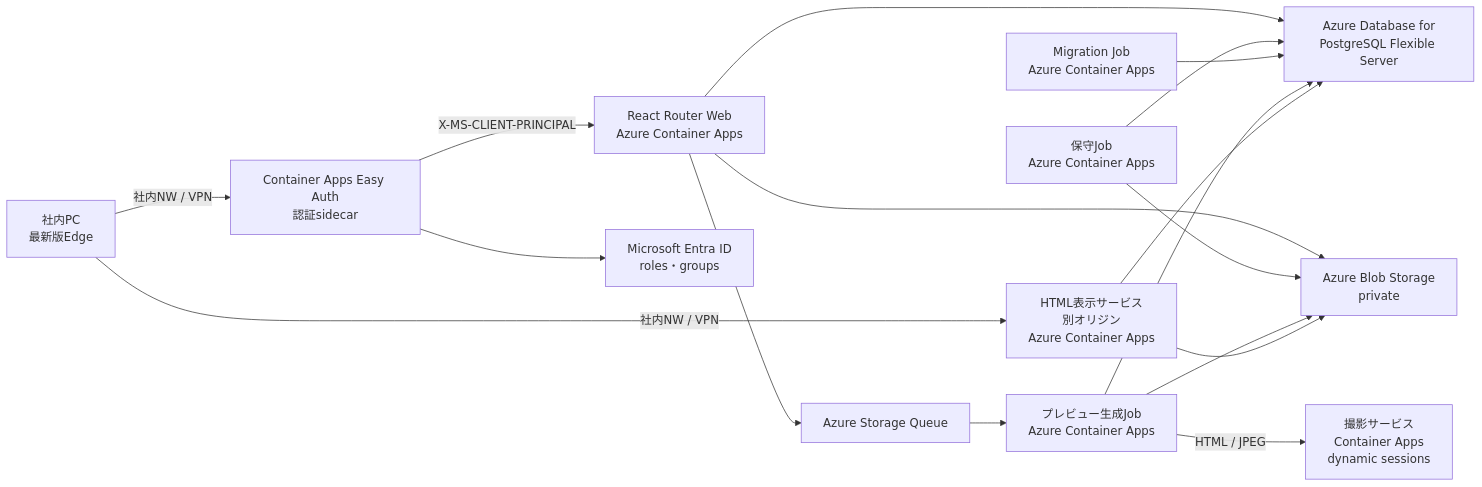
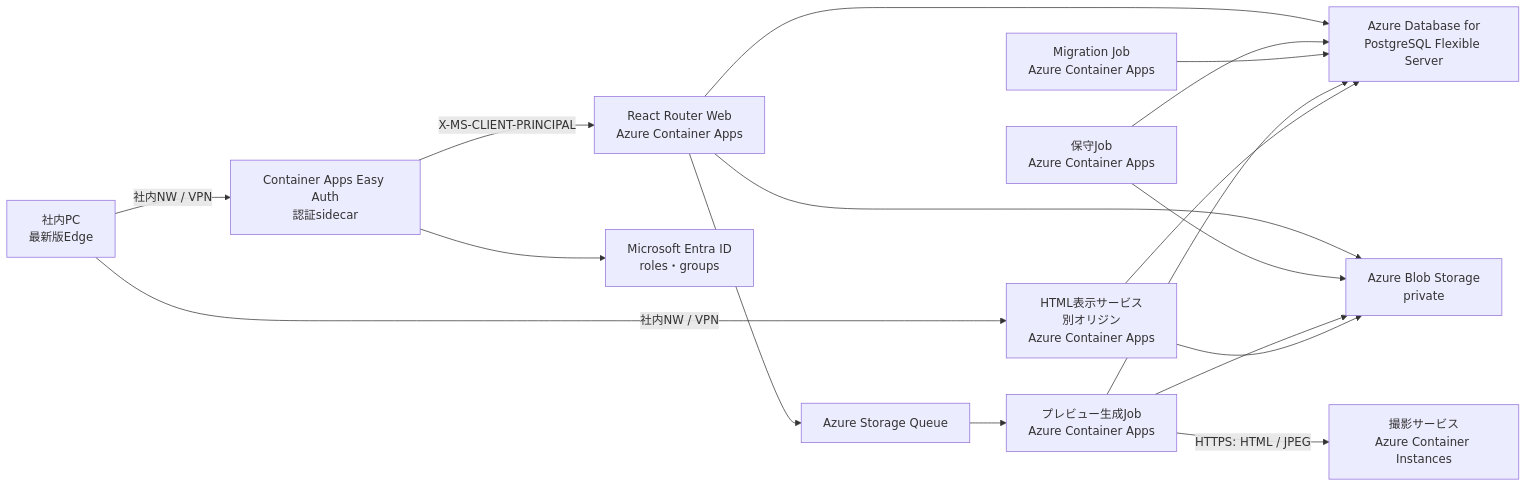
Before and after one commit to yamatairiku-dev/siryou-mite: the first of 2 diagrams in docs/APPLICATION_DESIGN.md, drawn with Mermaid. The commit also changed other lines of this file and 27 other files, not shown here.

````diff
--- a/docs/APPLICATION_DESIGN.md
+++ b/docs/APPLICATION_DESIGN.md
@@ -317,19 +317,19 @@
 ```mermaid
 flowchart LR
   U["社内PC<br>最新版Edge"] -->|社内NW / VPN| EA["Container Apps Easy Auth<br>認証sidecar"]
   EA -->|X-MS-CLIENT-PRINCIPAL| APP["React Router Web<br>Azure Container Apps"]
   U -->|社内NW / VPN| VIEW["HTML表示サービス<br>別オリジン<br>Azure Container Apps"]
   EA --> ENTRA["Microsoft Entra ID<br>roles・groups"]
   APP --> DB["Azure Database for<br>PostgreSQL Flexible Server"]
   APP --> BLOB["Azure Blob Storage<br>private"]
   APP --> QUEUE["Azure Storage Queue"]
   QUEUE --> WORKER["プレビュー生成Job<br>Azure Container Apps"]
-  WORKER -->|HTML / JPEG| RENDER["撮影サービス<br>Container Apps<br>dynamic sessions"]
+  WORKER -->|HTTPS: HTML / JPEG| RENDER["撮影サービス<br>Azure Container Instances"]
   MAINT["保守Job<br>Azure Container Apps"] --> DB
   MAINT --> BLOB
   MIGRATE["Migration Job<br>Azure Container Apps"] --> DB
   WORKER --> BLOB
   WORKER --> DB
   VIEW --> BLOB
   VIEW --> DB
 ```
````
